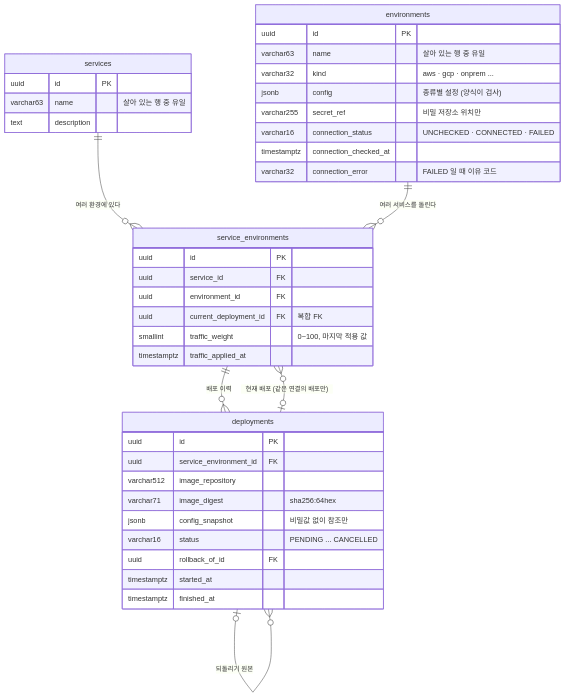
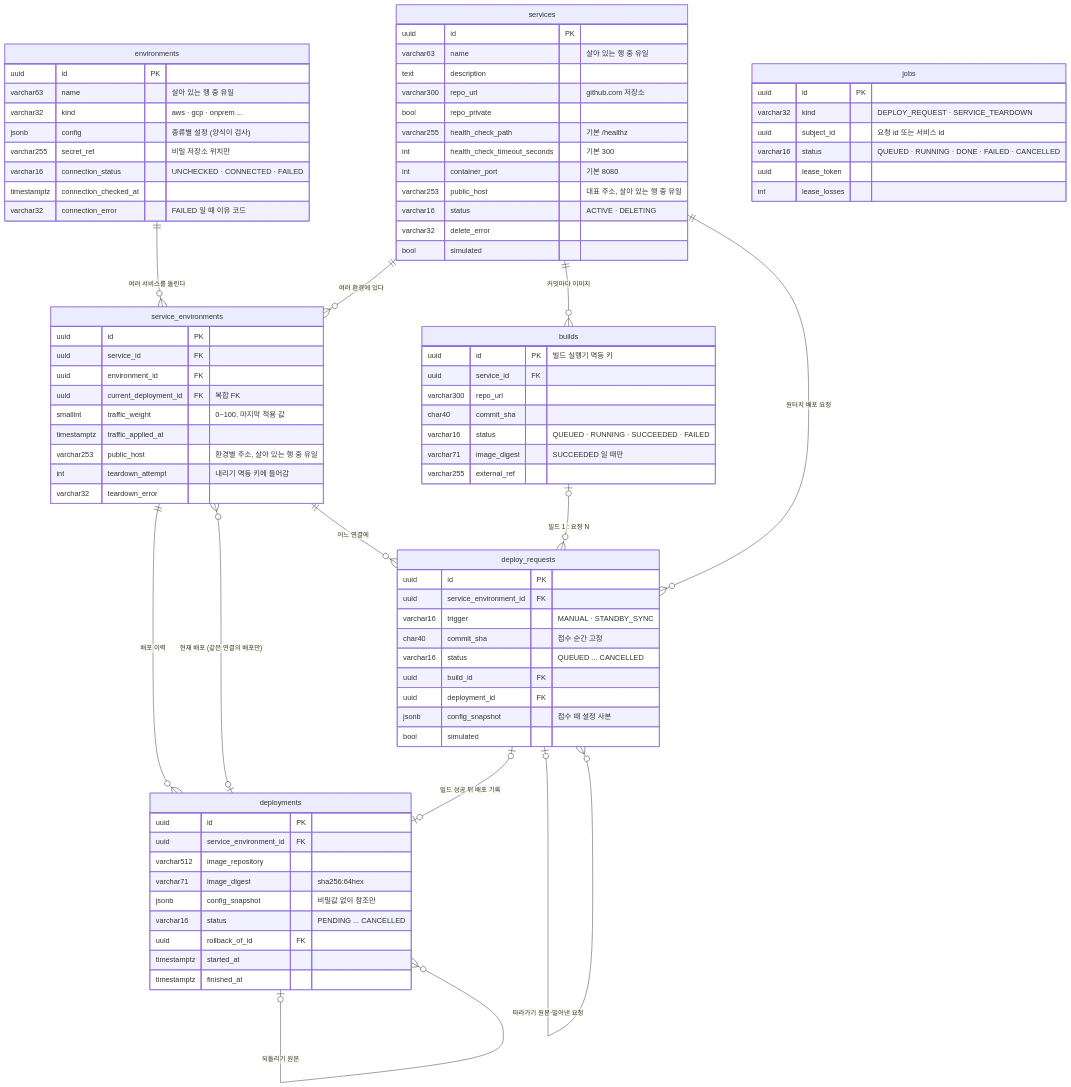
One commit to Softbank-Hackathon-2026-Team-Echo/echo-was changed the first of 5 diagrams in docs/schema.md. Above: the diagram before and after it, drawn with Mermaid. The commit also changed other lines of this file and 6 other files, not shown here.

First line of the commit message:
docs: 원터치 배포 API·스키마·실행기 계약 문서 추가

```diff
--- a/docs/schema.md
+++ b/docs/schema.md
@@ -19,10 +19,54 @@
     service_environments }o--o| deployments : "현재 배포 (같은 연결의 배포만)"
     deployments |o--o{ deployments : "되돌리기 원본"
 
+    services ||--o{ builds : "커밋마다 이미지"
+    services ||--o{ deploy_requests : "원터치 배포 요청"
+    service_environments ||--o{ deploy_requests : "어느 연결에"
+    builds |o--o{ deploy_requests : "빌드 1 : 요청 N"
+    deploy_requests |o--o| deployments : "빌드 성공 뒤 배포 기록"
+    deploy_requests |o--o{ deploy_requests : "따라가기 원본·밀어낸 요청"
+
     services {
         uuid id PK
         varchar63 name "살아 있는 행 중 유일"
         text description
+        varchar300 repo_url "github.com 저장소"
+        bool repo_private
+        varchar255 health_check_path "기본 /healthz"
+        int health_check_timeout_seconds "기본 300"
+        int container_port "기본 8080"
+        varchar253 public_host "대표 주소, 살아 있는 행 중 유일"
+        varchar16 status "ACTIVE · DELETING"
+        varchar32 delete_error
+        bool simulated
+    }
+    builds {
+        uuid id PK "빌드 실행기 멱등 키"
+        uuid service_id FK
+        varchar300 repo_url
+        char40 commit_sha
+        varchar16 status "QUEUED · RUNNING · SUCCEEDED · FAILED"
+        varchar71 image_digest "SUCCEEDED 일 때만"
+        varchar255 external_ref
+    }
+    deploy_requests {
+        uuid id PK
+        uuid service_environment_id FK
+        varchar16 trigger "MANUAL · STANDBY_SYNC"
+        char40 commit_sha "접수 순간 고정"
+        varchar16 status "QUEUED ... CANCELLED"
+        uuid build_id FK
+        uuid deployment_id FK
+        jsonb config_snapshot "접수 때 설정 사본"
+        bool simulated
+    }
+    jobs {
+        uuid id PK
+        varchar32 kind "DEPLOY_REQUEST · SERVICE_TEARDOWN"
+        uuid subject_id "요청 id 또는 서비스 id"
+        varchar16 status "QUEUED · RUNNING · DONE · FAILED · CANCELLED"
+        uuid lease_token
+        int lease_losses
     }
     environments {
         uuid id PK
@@ -41,6 +85,9 @@
         uuid current_deployment_id FK "복합 FK"
         smallint traffic_weight "0~100, 마지막 적용 값"
         timestamptz traffic_applied_at
+        varchar253 public_host "환경별 주소, 살아 있는 행 중 유일"
+        int teardown_attempt "내리기 멱등 키에 들어감"
+        varchar32 teardown_error
     }
     deployments {
         uuid id PK
```
